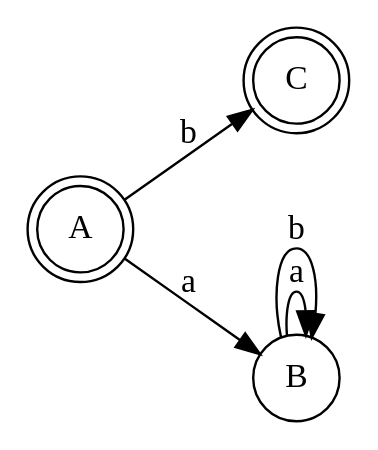
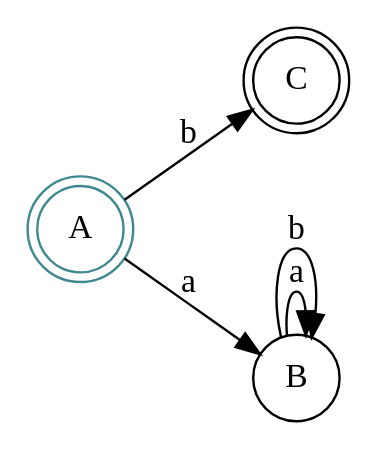
One commit to josepablito16/Regex-Engine changed the diagram in Entrega final/NFD_Actual.gv. Above: the diagram before and after it, drawn with Graphviz. The commit also changed 8 other files, not shown here.

```diff
--- a/Entrega final/NFD_Actual.gv
+++ b/Entrega final/NFD_Actual.gv
@@ -1,11 +1,12 @@
 digraph finite_state_machine {
 	rankdir=LR size="8,5"
 	node [shape=doublecircle]
 	A
 	C
 	node [shape=circle]
+	A [color="#3F888F"]
 	A -> B [label=a]
 	A -> C [label=b]
 	B -> B [label=a]
 	B -> B [label=b]
 }
```
